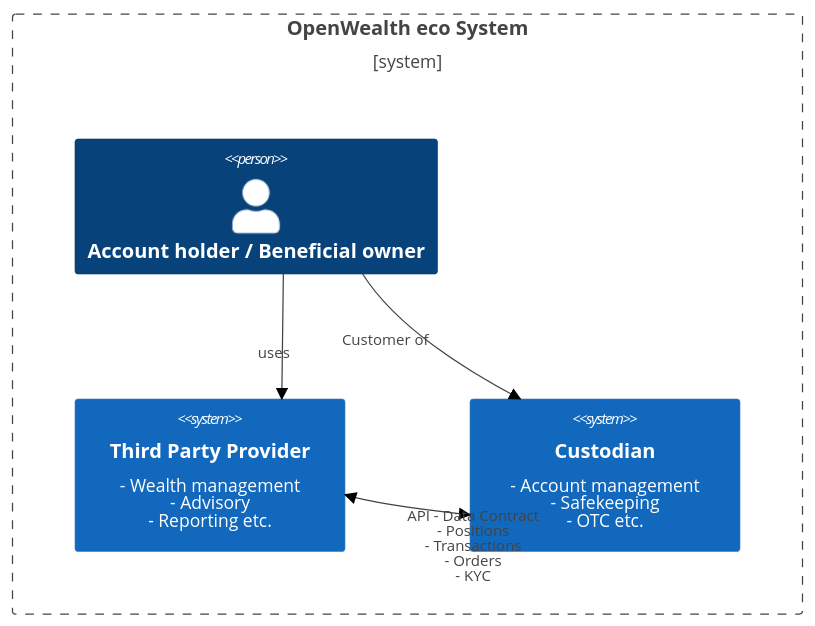
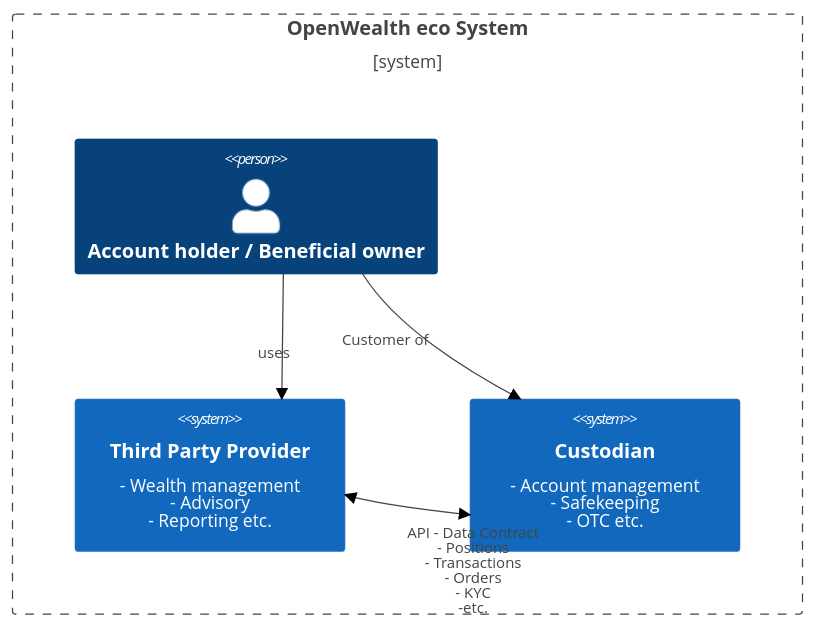
One commit to OpenWealth/OpenWealth changed the first of 2 diagrams in README.md. Above: the diagram before and after it, drawn with Mermaid (forest theme).

Commit message:
Fix position of label

````diff
--- a/README.md
+++ b/README.md
@@ -17,19 +17,19 @@
 ```mermaid
 C4Context
     Boundary(b0, "OpenWealth eco System") {
     Person(PartyA, "Account holder / Beneficial owner")
     System(PartyB, "Third Party Provider", "- Wealth management<br>- Advisory<br>- Reporting etc.")
 
     System(SystemA, "Custodian", "- Account management<br>- Safekeeping<br>- OTC etc.")
     }
 
     Rel(PartyA, PartyB, "uses")
     Rel(PartyA, SystemA, "Customer of")
-    BiRel(PartyB, SystemA, "API - Data Contract<br>- Positions<br>- Transactions<br>- Orders<br>- KYC")
+    BiRel(PartyB, SystemA, "API - Data Contract<br>- Positions<br>- Transactions<br>- Orders<br>- KYC<br>-etc.")
 
 
     UpdateLayoutConfig($c4ShapeInRow="2", $c4BoundaryInRow="1")
     UpdateRelStyle(PartyA, PartyB, $offsetX="-20", $offsetY="10")
     UpdateRelStyle(PartyA, SystemA, $offsetX="-80")
-    UpdateRelStyle(PartyB, SystemA, $offsetY="30")
+    UpdateRelStyle(PartyB, SystemA, $offsetY="50")
 ```
````
